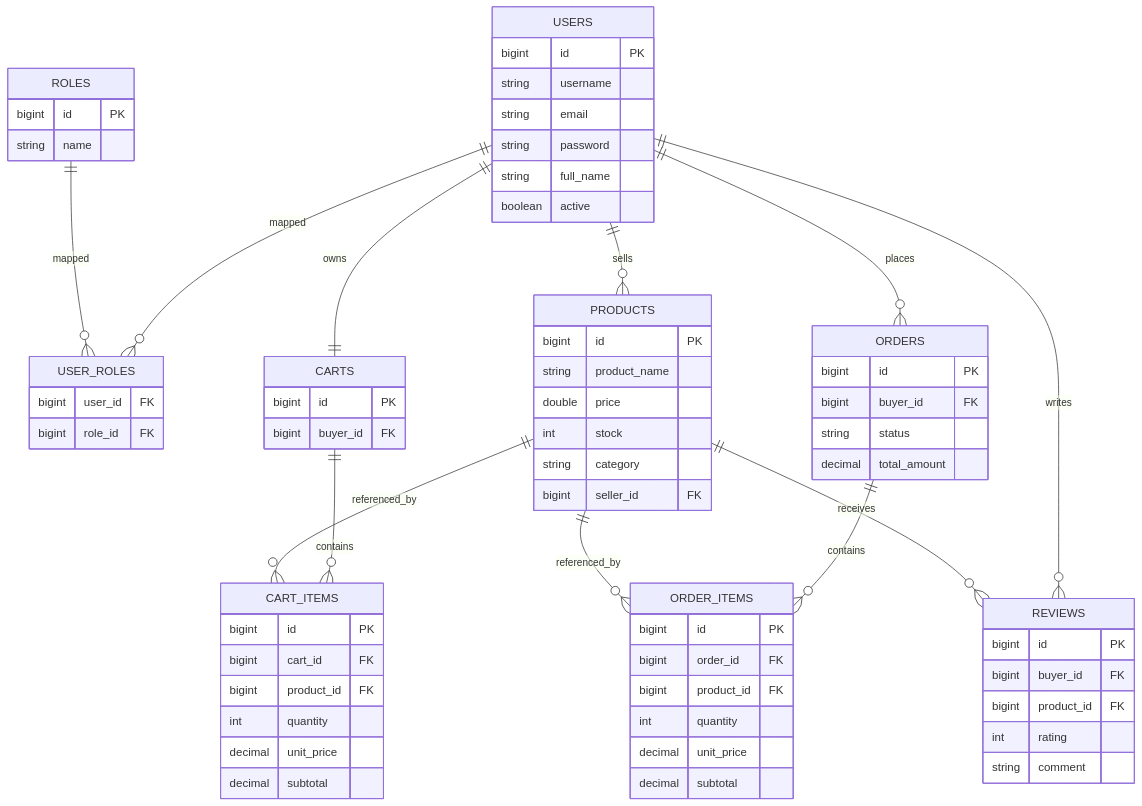
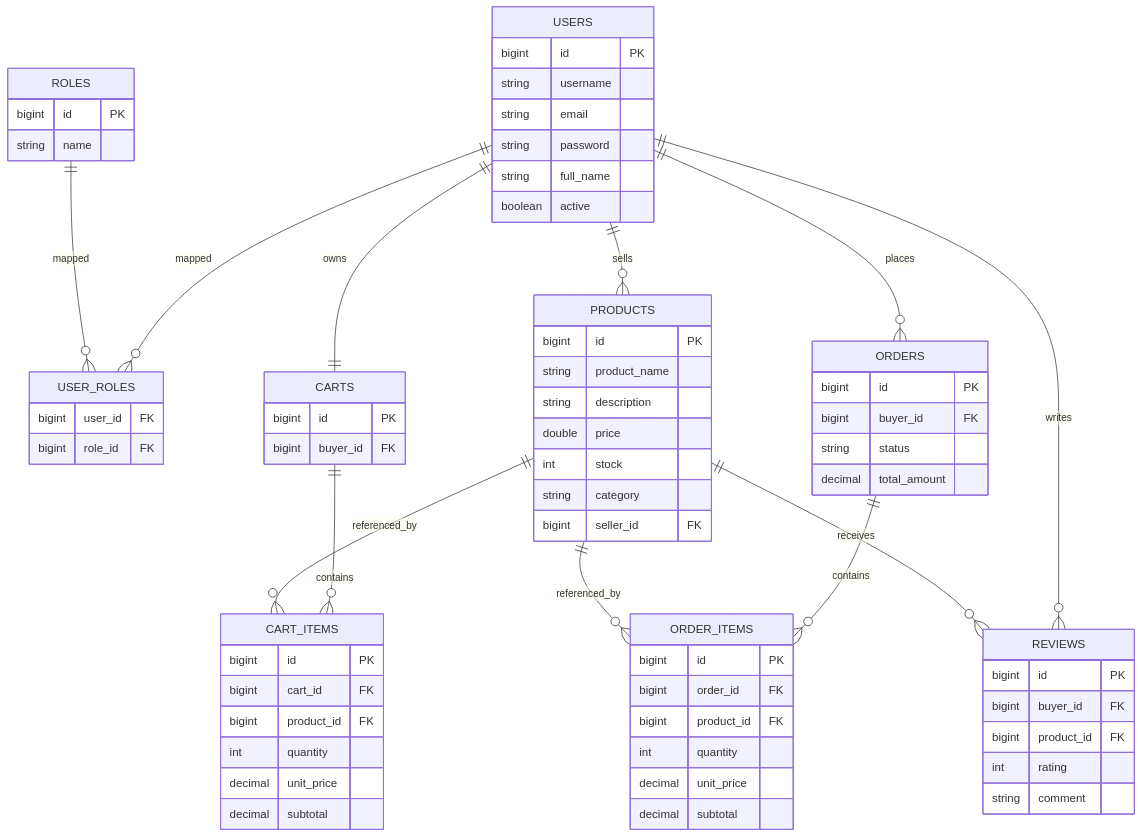
One commit to sa-hcc5142/sa-hcc5142-swlab_mini_marketplace_project changed the second of 2 diagrams in README.md. Above: the diagram before and after it, drawn with Mermaid.

Commit message:
Add description field to PRODUCTS schema

````diff
--- a/README.md
+++ b/README.md
@@ -115,80 +115,81 @@
 ```mermaid
 erDiagram
 	USERS {
 		bigint id PK
 		string username
 		string email
 		string password
 		string full_name
 		boolean active
 	}
 
 	ROLES {
 		bigint id PK
 		string name
 	}
 
 	USER_ROLES {
 		bigint user_id FK
 		bigint role_id FK
 	}
 
 	PRODUCTS {
 		bigint id PK
 		string product_name
+        string description
 		double price
 		int stock
 		string category
 		bigint seller_id FK
 	}
 
 	CARTS {
 		bigint id PK
 		bigint buyer_id FK
 	}
 
 	CART_ITEMS {
 		bigint id PK
 		bigint cart_id FK
 		bigint product_id FK
 		int quantity
 		decimal unit_price
 		decimal subtotal
 	}
 
 	ORDERS {
 		bigint id PK
 		bigint buyer_id FK
 		string status
 		decimal total_amount
 	}
 
 	ORDER_ITEMS {
 		bigint id PK
 		bigint order_id FK
 		bigint product_id FK
 		int quantity
 		decimal unit_price
 		decimal subtotal
 	}
 
 	REVIEWS {
 		bigint id PK
 		bigint buyer_id FK
 		bigint product_id FK
 		int rating
 		string comment
 	}
 
 	USERS ||--o{ PRODUCTS : sells
 	USERS ||--|| CARTS : owns
 	CARTS ||--o{ CART_ITEMS : contains
 	PRODUCTS ||--o{ CART_ITEMS : referenced_by
 	USERS ||--o{ ORDERS : places
 	ORDERS ||--o{ ORDER_ITEMS : contains
 	PRODUCTS ||--o{ ORDER_ITEMS : referenced_by
 	USERS ||--o{ REVIEWS : writes
 	PRODUCTS ||--o{ REVIEWS : receives
 	USERS ||--o{ USER_ROLES : mapped
 	ROLES ||--o{ USER_ROLES : mapped
 ```
````
